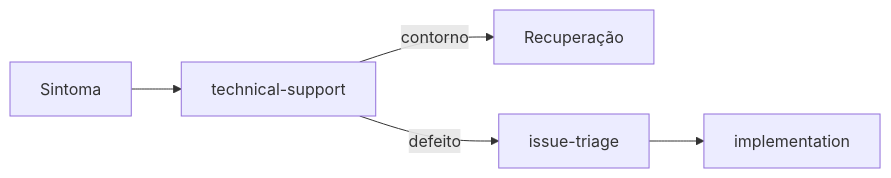
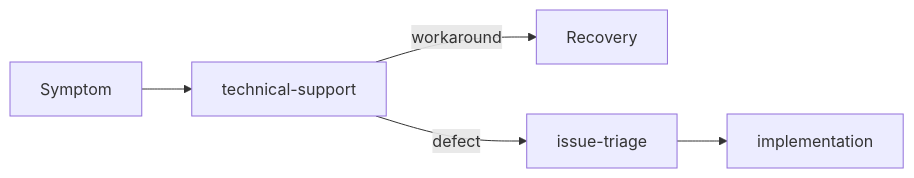
The third of 3 diagrams in docs/routing.md (placerda/agentic-engineering), drawn with Mermaid before and after one commit. The commit also changed other lines of this file and 36 other files, not shown here.

````diff
--- a/docs/routing.md
+++ b/docs/routing.md
@@ -58,7 +58,7 @@
 ```mermaid
 flowchart LR
-  Report[Sintoma] --> Support[technical-support]
-  Support -->|contorno| Recovery[Recuperação]
-  Support -->|defeito| Triage[issue-triage]
+  Report[Symptom] --> Support[technical-support]
+  Support -->|workaround| Recovery[Recovery]
+  Support -->|defect| Triage[issue-triage]
   Triage --> Implementation[implementation]
 ```
````
